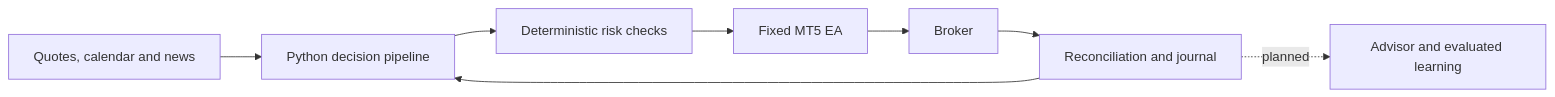
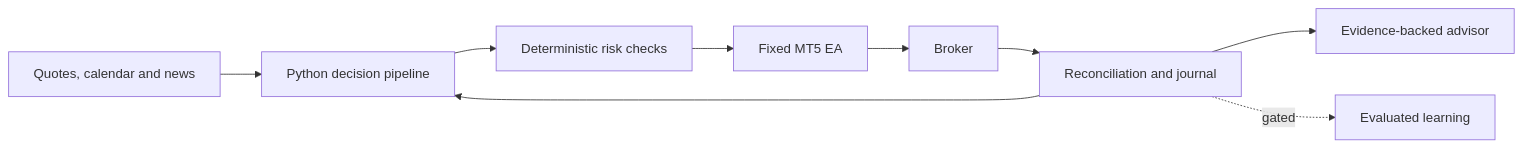
Before and after one commit to arthurcui/fx-talanta: the diagram in README.md, drawn with Mermaid. The commit also changed other lines of this file and 20 other files, not shown here.

````diff
--- a/README.md
+++ b/README.md
@@ -36,10 +38,11 @@
 ```mermaid
 flowchart LR
     A[Quotes, calendar and news] --> B[Python decision pipeline]
     B --> C[Deterministic risk checks]
     C --> D[Fixed MT5 EA]
     D --> E[Broker]
     E --> F[Reconciliation and journal]
     F --> B
-    F -. planned .-> G[Advisor and evaluated learning]
+    F --> G[Evidence-backed advisor]
+    F -. gated .-> H[Evaluated learning]
 ```
````
